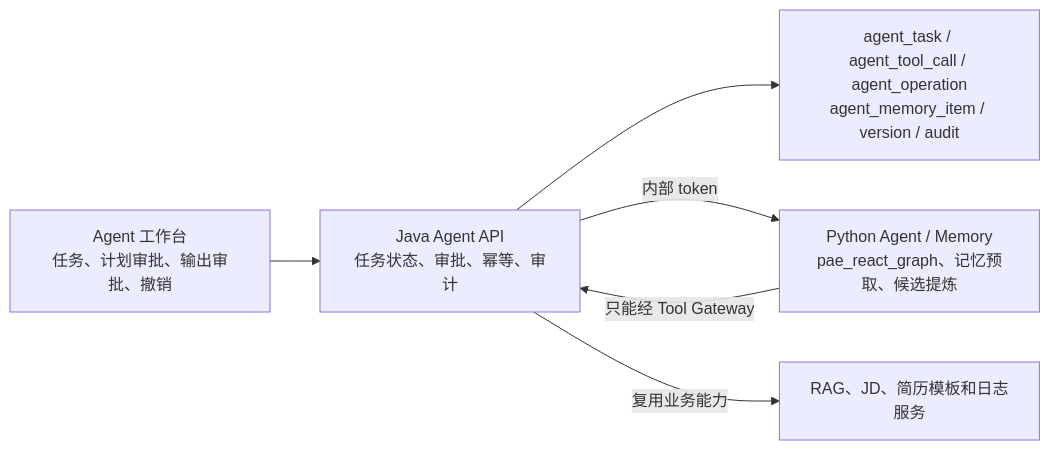
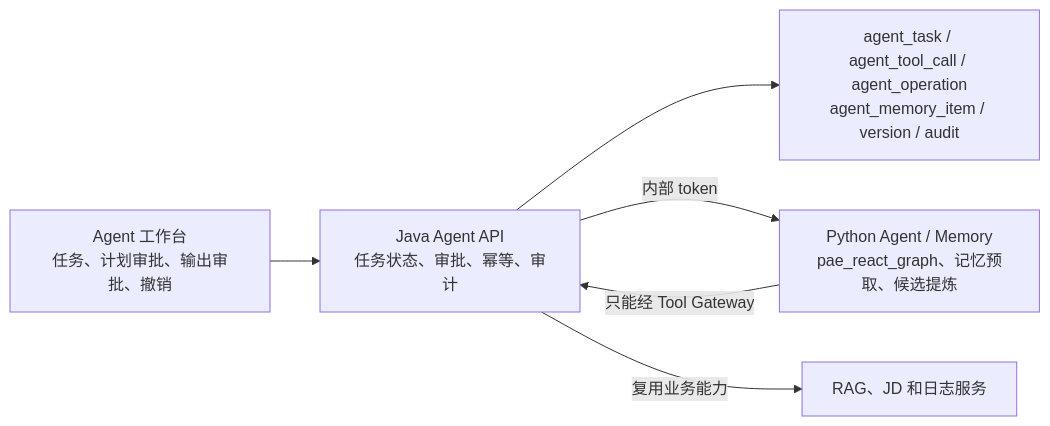
One commit to HeWhenJay/Multimodal-RAG-Agent-Learning-Evidence-Platform changed the fifth of 9 diagrams in README.md. Above: the diagram before and after it, drawn with Mermaid. The commit also changed other lines of this file and 12 other files, not shown here.

Commit message:
feat: 统一 Agent LangGraph 路由并清理旧图

````diff
--- a/README.md
+++ b/README.md
@@ -153,8 +153,8 @@
 ```mermaid
 flowchart LR
     FE["Agent 工作台<br/>任务、计划审批、输出审批、撤销"] --> AGAPI["Java Agent API<br/>任务状态、审批、幂等、审计"]
     AGAPI --> AGDB["agent_task / agent_tool_call / agent_operation<br/>agent_memory_item / version / audit"]
     AGAPI -->|"内部 token"| PYAG["Python Agent / Memory<br/>pae_react_graph、记忆预取、候选提炼"]
     PYAG -->|"只能经 Tool Gateway"| AGAPI
-    AGAPI -->|"复用业务能力"| DOMAIN["RAG、JD、简历模板和日志服务"]
+    AGAPI -->|"复用业务能力"| DOMAIN["RAG、JD 和日志服务"]
 ```
````
